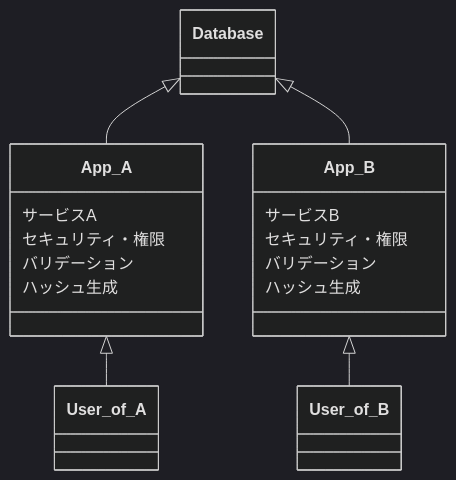
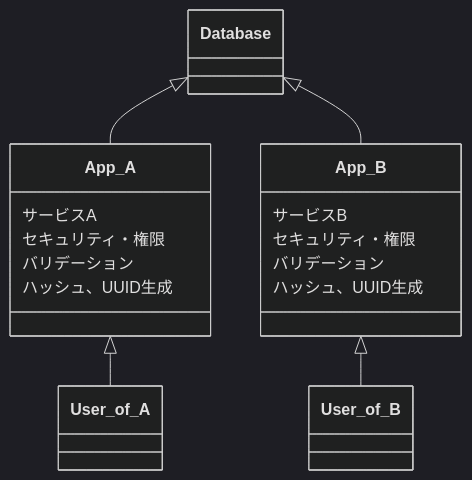
Before and after one commit to harumaxy/publications: the first of 3 diagrams in articles/dont-write-graphql-server.md, drawn with Mermaid (dark theme). The commit also changed other lines of this file, not shown here.

````diff
--- a/articles/dont-write-graphql-server.md
+++ b/articles/dont-write-graphql-server.md
@@ -101,21 +72,21 @@
 ```mermaid
 classDiagram
 
 class Database
 class App_A {
   サービスA
   セキュリティ・権限
   バリデーション
-  ハッシュ生成
+  ハッシュ、UUID生成
 }
 class App_B {
   サービスB
   セキュリティ・権限
   バリデーション
-  ハッシュ生成
+  ハッシュ、UUID生成
 }
 Database <|-- App_A
 Database <|-- App_B
 App_A <|-- User_of_A
 App_B <|-- User_of_B
 ```
````
